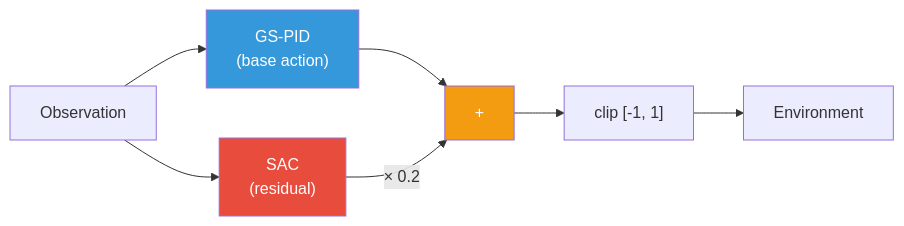
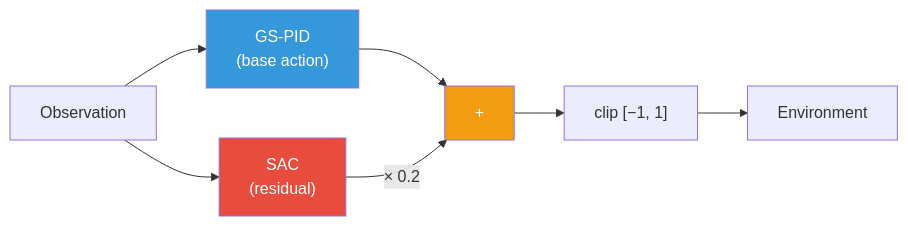
One commit to ChrisPedder/active-guidance-rockets changed the second of 3 diagrams in slides/slides.md. Above: the diagram before and after it, drawn with Mermaid. The commit also changed other lines of this file and 9 other files, not shown here.

First line of the commit message:
Fix slides formatting: image sizing, Mermaid rendering, vertical slide separators

```diff
--- a/slides/slides.md
+++ b/slides/slides.md
@@ -547,12 +577,12 @@
 <div class="mermaid">
 flowchart LR
     O["Observation"] --> PID["GS-PID<br/>(base action)"]
     O --> SAC["SAC<br/>(residual)"]
     PID --> SUM["+"]
-    SAC -->|"× 0.2"| SUM
-    SUM --> CLIP["clip [-1, 1]"]
+    SAC -->|"&times; 0.2"| SUM
+    SUM --> CLIP["clip [&minus;1, 1]"]
     CLIP --> ENV["Environment"]
     style PID fill:#3498db,color:#fff
     style SAC fill:#e74c3c,color:#fff
     style SUM fill:#f39c12,color:#fff
 </div>
```
